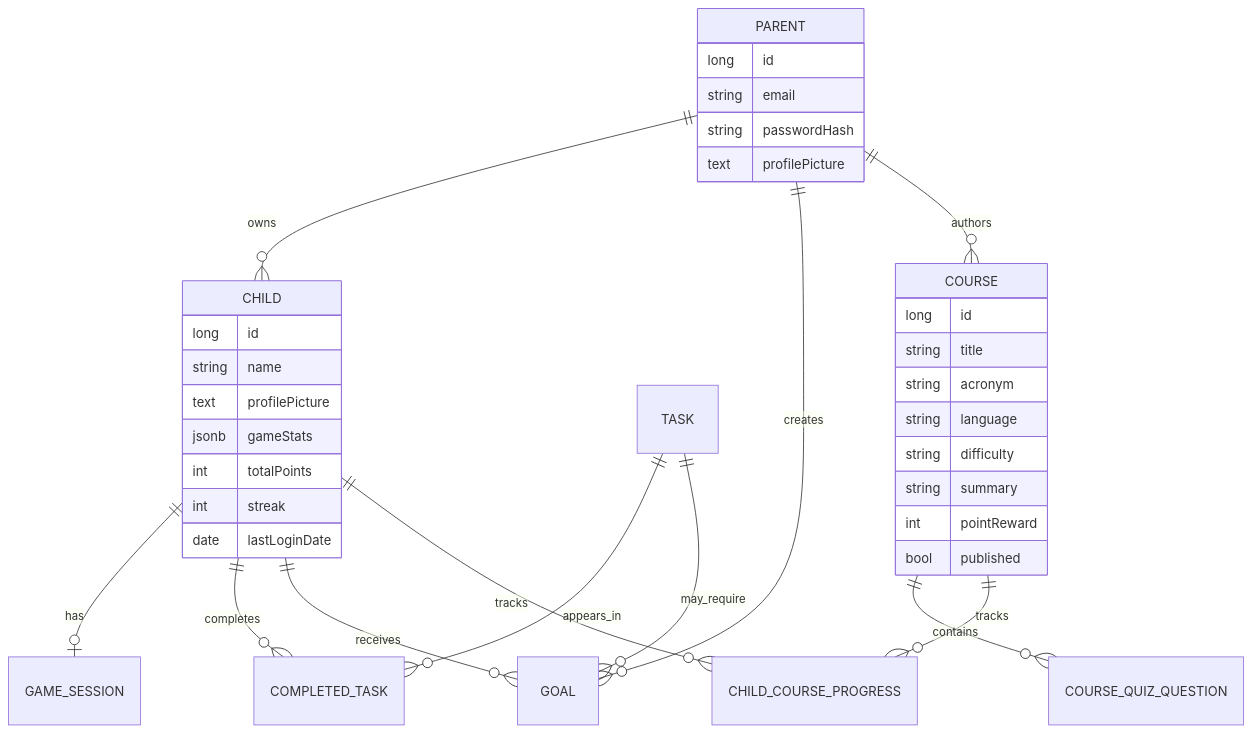
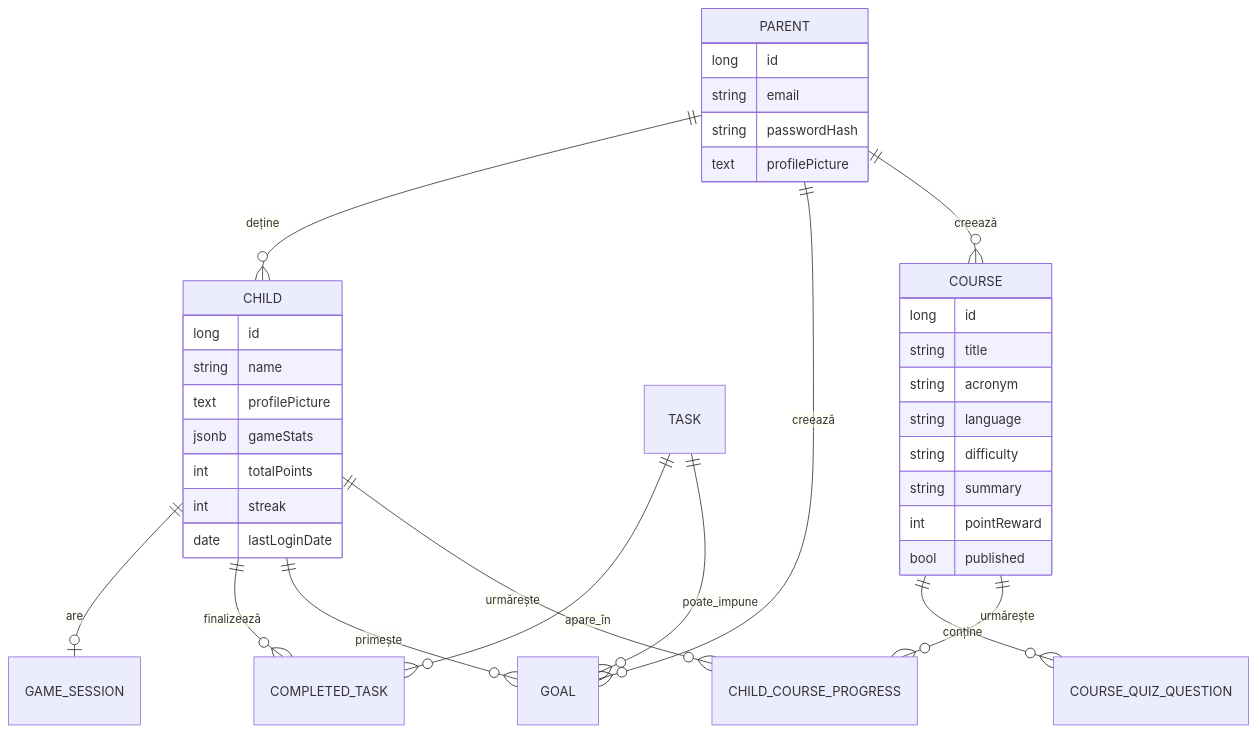
One commit to Ieditzu/Mentora changed the fifth of 5 diagrams in README.md. Above: the diagram before and after it, drawn with Mermaid. The commit also changed other lines of this file, not shown here.

````diff
--- a/README.md
+++ b/README.md
@@ -618,42 +618,42 @@
 ```mermaid
 erDiagram
-    PARENT ||--o{ CHILD : owns
-    CHILD ||--o| GAME_SESSION : has
-    CHILD ||--o{ COMPLETED_TASK : completes
-    TASK ||--o{ COMPLETED_TASK : appears_in
-    PARENT ||--o{ GOAL : creates
-    CHILD ||--o{ GOAL : receives
-    TASK ||--o{ GOAL : may_require
-    PARENT ||--o{ COURSE : authors
-    COURSE ||--o{ COURSE_QUIZ_QUESTION : contains
-    CHILD ||--o{ CHILD_COURSE_PROGRESS : tracks
-    COURSE ||--o{ CHILD_COURSE_PROGRESS : tracks
+    PARENT ||--o{ CHILD : deține
+    CHILD ||--o| GAME_SESSION : are
+    CHILD ||--o{ COMPLETED_TASK : finalizează
+    TASK ||--o{ COMPLETED_TASK : apare_în
+    PARENT ||--o{ GOAL : creează
+    CHILD ||--o{ GOAL : primește
+    TASK ||--o{ GOAL : poate_impune
+    PARENT ||--o{ COURSE : creează
+    COURSE ||--o{ COURSE_QUIZ_QUESTION : conține
+    CHILD ||--o{ CHILD_COURSE_PROGRESS : urmărește
+    COURSE ||--o{ CHILD_COURSE_PROGRESS : urmărește
 
     PARENT {
         long id
         string email
         string passwordHash
         text profilePicture
     }
 
     CHILD {
         long id
         string name
         text profilePicture
         jsonb gameStats
         int totalPoints
         int streak
         date lastLoginDate
     }
 
     COURSE {
         long id
         string title
         string acronym
         string language
         string difficulty
         string summary
         int pointReward
         bool published
     }
 ```
````
